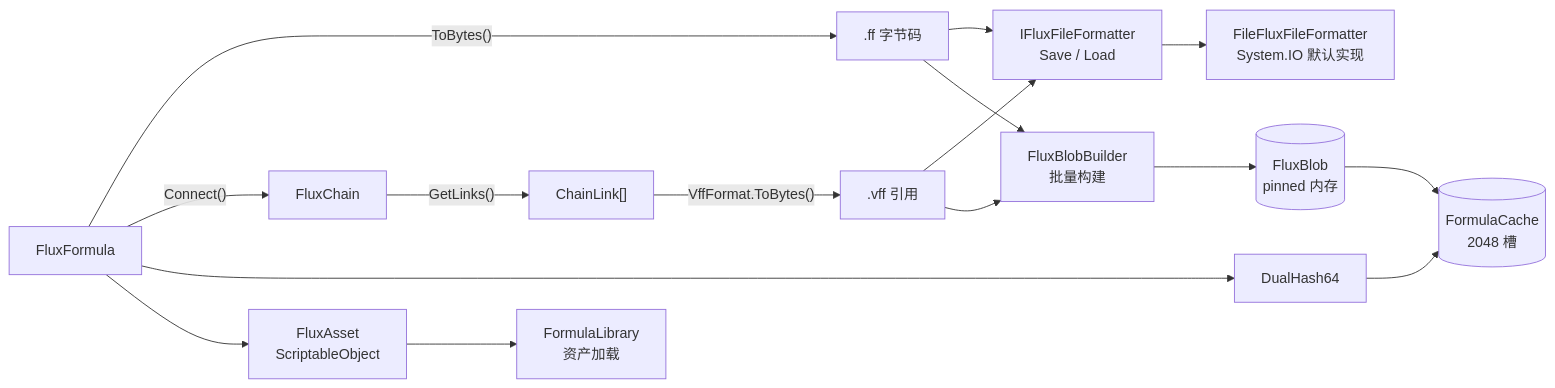
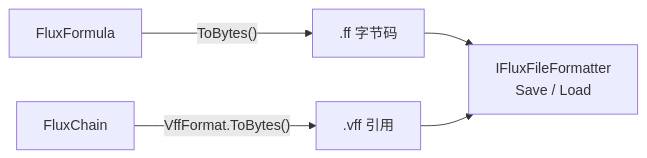
One commit to twds0x13/FluxFormula changed the fourth of 7 diagrams in docs/api/overview.md. Above: the diagram before and after it, drawn with Mermaid. The commit also changed other lines of this file and 10 other files, not shown here.

First line of the commit message:
docs: add blob API reference (BlobFormat, BlobEntry, IFluxBlobRegistry, FluxBlob)

````diff
--- a/docs/api/overview.md
+++ b/docs/api/overview.md
@@ -36,22 +41,7 @@
 ```mermaid
 graph LR
     F["FluxFormula"] -->|"ToBytes()"| FF[".ff 字节码"]
-    F -->|"Connect()"| FC["FluxChain"]
-    FC -->|"GetLinks()"| Chain["ChainLink[]"]
-    Chain -->|"VffFormat.ToBytes()"| VFF[".vff 引用"]
-
+    Chain["FluxChain"] -->|"VffFormat.ToBytes()"| VFF[".vff 引用"]
     FF --> Fmt["IFluxFileFormatter<br/>Save / Load"]
     VFF --> Fmt
-    Fmt --> FileFmt["FileFluxFileFormatter<br/>System.IO 默认实现"]
-
-    F --> Hash["DualHash64"]
-    Hash --> Cache[("FormulaCache<br/>2048 槽")]
-
-    FF --> BB["FluxBlobBuilder<br/>批量构建"]
-    VFF --> BB
-    BB --> Blob[("FluxBlob<br/>pinned 内存")]
-    Blob --> Cache
-
-    F --> Asset["FluxAsset<br/>ScriptableObject"]
-    Asset --> Lib["FormulaLibrary<br/>资产加载"]
 ```
````
